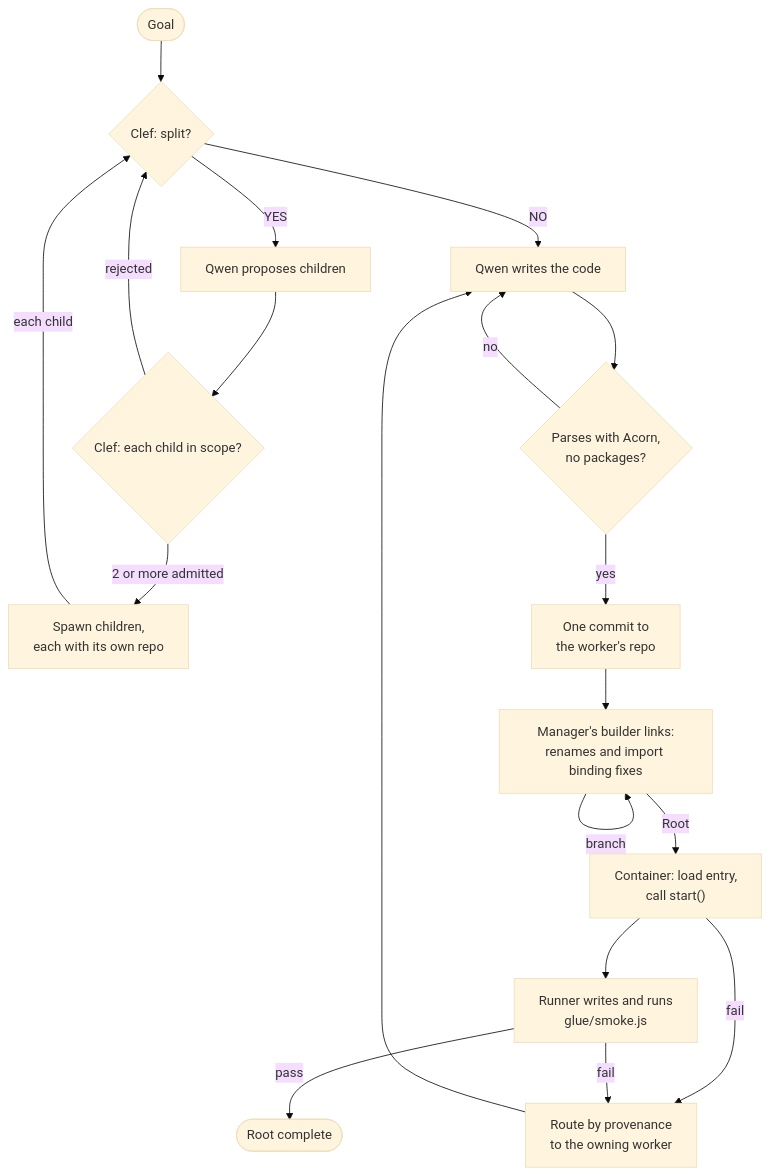
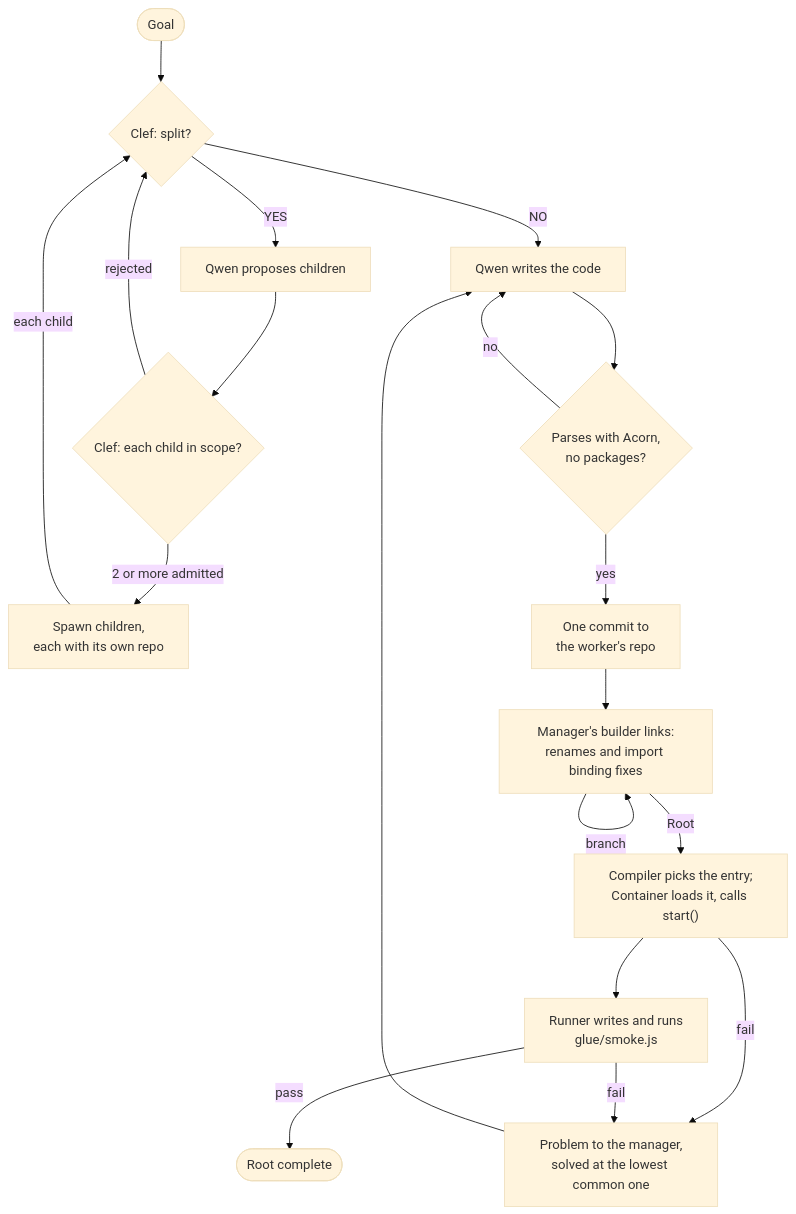
The second of 2 diagrams in README.md (tyrtop-ai/cloudflare-comp), drawn with Mermaid (base theme) before and after one commit. The commit also changed other lines of this file and 1 other file, not shown here.

First line of the commit message:
Docs: Life of a run describes the v7.14 compiler, problems and Stop

````diff
--- a/README.md
+++ b/README.md
@@ -49,21 +49,21 @@
 ```mermaid
 flowchart TD
   goal(["Goal"]) --> gate{"Clef: split?"}
   gate -->|"YES"| propose["Qwen proposes children"]
   propose --> scope{"Clef: each child in scope?"}
   scope -->|"2 or more admitted"| spawn["Spawn children,<br/>each with its own repo"]
   scope -->|"rejected"| gate
   spawn -->|"each child"| gate
   gate -->|"NO"| write["Qwen writes the code"]
   write --> parse{"Parses with Acorn,<br/>no packages?"}
   parse -->|"no"| write
   parse -->|"yes"| commit["One commit to<br/>the worker's repo"]
   commit --> link["Manager's builder links:<br/>renames and import binding fixes"]
   link -->|"branch"| link
-  link -->|"Root"| run["Container: load entry,<br/>call start()"]
+  link -->|"Root"| run["Compiler picks the entry;<br/>Container loads it, calls start()"]
   run --> test["Runner writes and runs<br/>glue/smoke.js"]
   test -->|"pass"| done(["Root complete"])
-  run -->|"fail"| repair["Route by provenance<br/>to the owning worker"]
+  run -->|"fail"| repair["Problem to the manager,<br/>solved at the lowest common one"]
   test -->|"fail"| repair
   repair --> write
 ```
````
